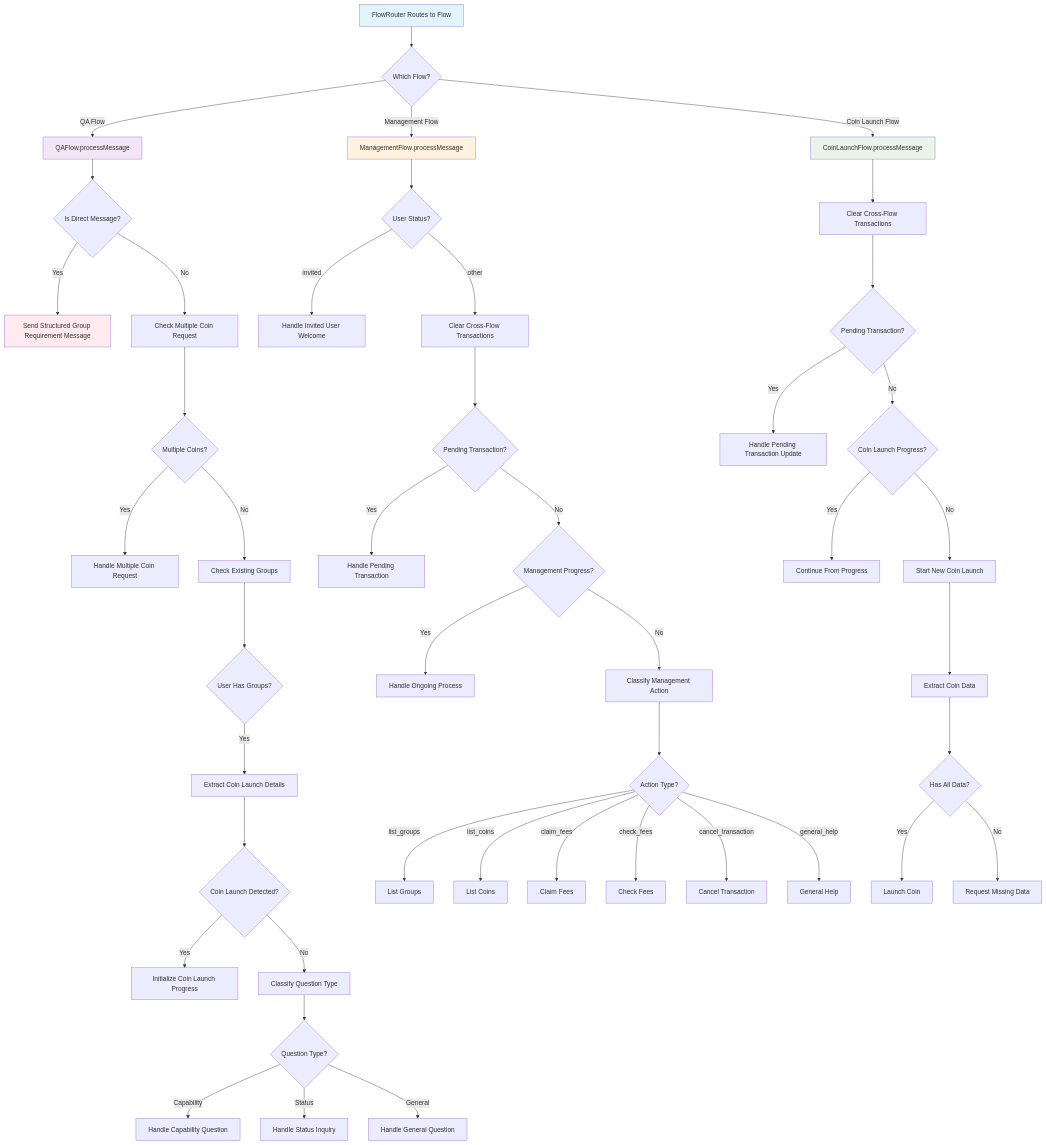
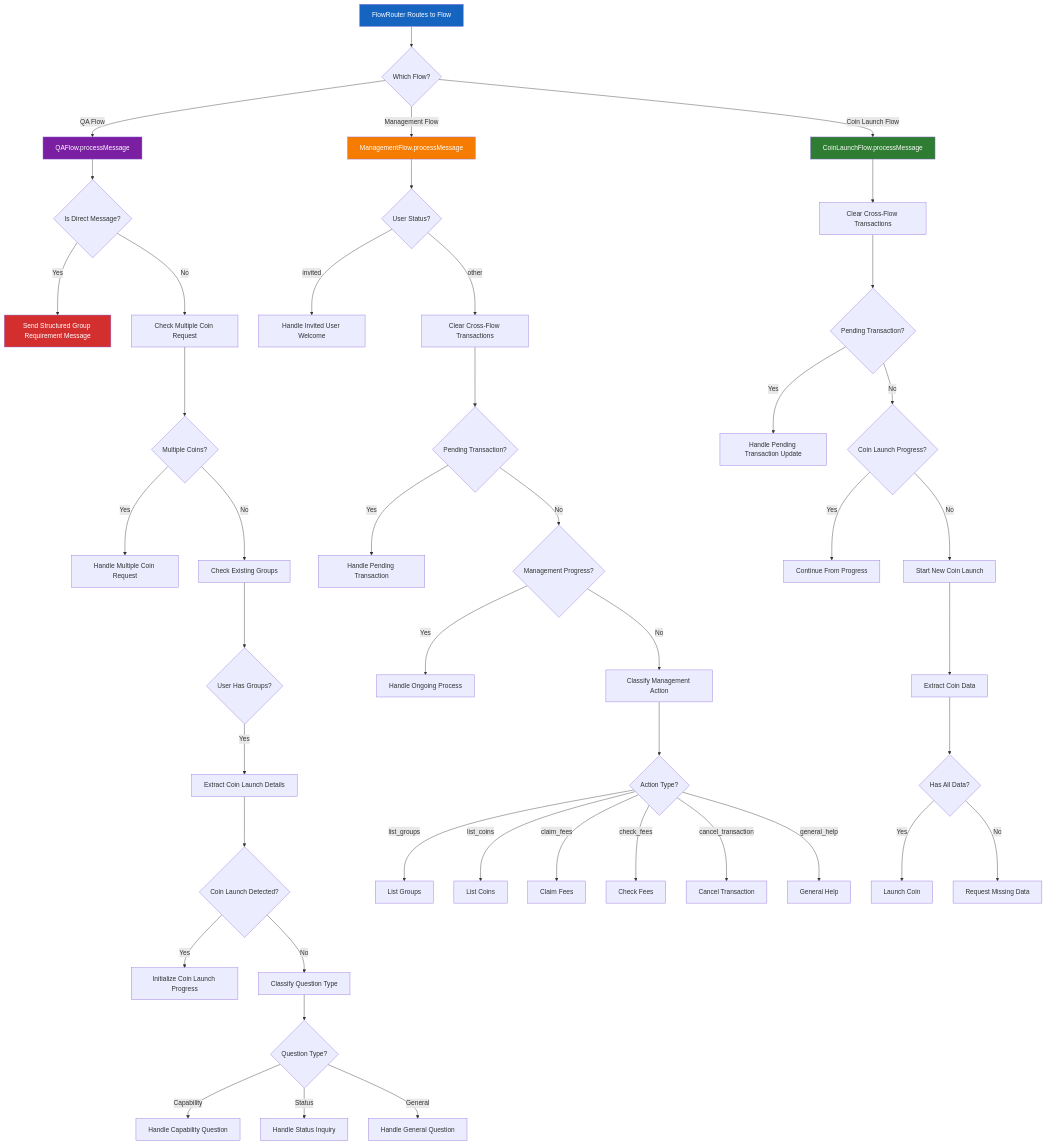
Before and after one commit to flayerlabs/xmtp-flaunchy: the seventh of 12 diagrams in SYSTEM_ARCHITECTURE.md, drawn with Mermaid. The commit also changed other lines of this file, not shown here.

Commit message:
update system architecture

````diff
--- a/SYSTEM_ARCHITECTURE.md
+++ b/SYSTEM_ARCHITECTURE.md
@@ -367,65 +418,65 @@
 ```mermaid
 graph TD
     A[FlowRouter Routes to Flow] --> B{Which Flow?}
 
     B -->|QA Flow| C[QAFlow.processMessage]
     B -->|Management Flow| D[ManagementFlow.processMessage]
     B -->|Coin Launch Flow| E[CoinLaunchFlow.processMessage]
 
     C --> F{Is Direct Message?}
     F -->|Yes| G[Send Structured Group Requirement Message]
     F -->|No| H[Check Multiple Coin Request]
 
     H --> I{Multiple Coins?}
     I -->|Yes| J[Handle Multiple Coin Request]
     I -->|No| K[Check Existing Groups]
 
     K --> L{User Has Groups?}
     L -->|Yes| M[Extract Coin Launch Details]
     M --> N{Coin Launch Detected?}
     N -->|Yes| O[Initialize Coin Launch Progress]
     N -->|No| P[Classify Question Type]
 
     P --> Q{Question Type?}
     Q -->|Capability| R[Handle Capability Question]
     Q -->|Status| S[Handle Status Inquiry]
     Q -->|General| T[Handle General Question]
 
     D --> U{User Status?}
     U -->|invited| V[Handle Invited User Welcome]
     U -->|other| W[Clear Cross-Flow Transactions]
 
     W --> X{Pending Transaction?}
     X -->|Yes| Y[Handle Pending Transaction]
     X -->|No| Z{Management Progress?}
 
     Z -->|Yes| AA[Handle Ongoing Process]
     Z -->|No| BB[Classify Management Action]
 
     BB --> CC{Action Type?}
     CC -->|list_groups| DD[List Groups]
     CC -->|list_coins| EE[List Coins]
     CC -->|claim_fees| FF[Claim Fees]
     CC -->|check_fees| GG[Check Fees]
     CC -->|cancel_transaction| HH[Cancel Transaction]
     CC -->|general_help| II[General Help]
 
     E --> JJ[Clear Cross-Flow Transactions]
     JJ --> KK{Pending Transaction?}
     KK -->|Yes| LL[Handle Pending Transaction Update]
     KK -->|No| MM{Coin Launch Progress?}
 
     MM -->|Yes| NN[Continue From Progress]
     MM -->|No| OO[Start New Coin Launch]
 
     OO --> PP[Extract Coin Data]
     PP --> QQ{Has All Data?}
     QQ -->|Yes| RR[Launch Coin]
     QQ -->|No| SS[Request Missing Data]
 
-    style A fill:#e1f5fe
-    style C fill:#f3e5f5
-    style D fill:#fff3e0
-    style E fill:#e8f5e8
-    style G fill:#ffebee
+    style A fill:#1565C0,color:#ffffff
+    style C fill:#7B1FA2,color:#ffffff
+    style D fill:#F57C00,color:#ffffff
+    style E fill:#2E7D32,color:#ffffff
+    style G fill:#D32F2F,color:#ffffff
 ```
````
